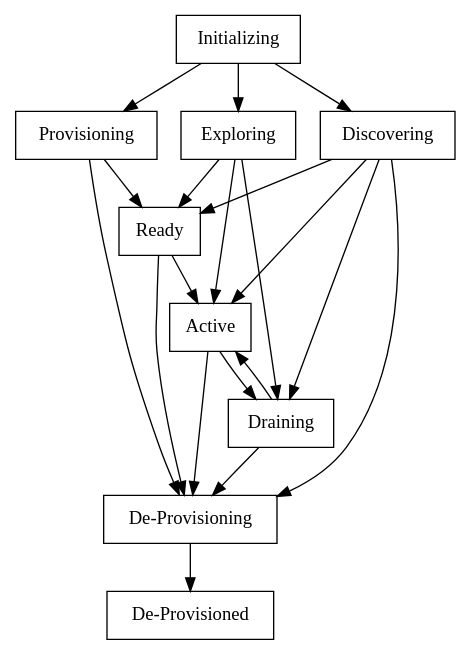
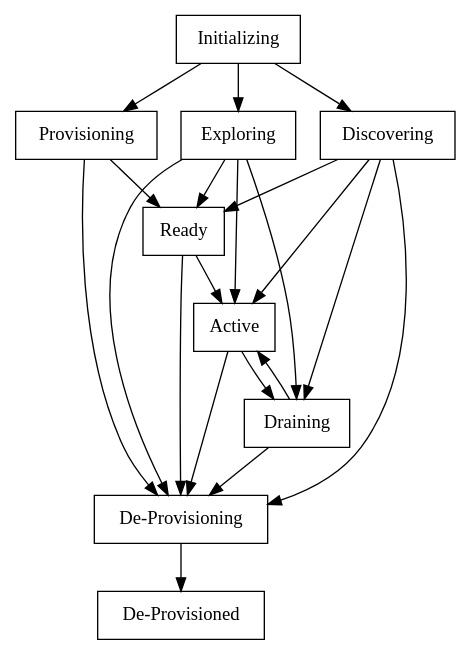
The diagram in docs/node-controller-state-machine.dot (peaceman/grosp-eas), drawn with Graphviz before and after one commit. The commit also changed 1 other file, not shown here.

Commit message:
NodeMachine: Add transition from exploring to de-provisioning

```diff
--- a/docs/node-controller-state-machine.dot
+++ b/docs/node-controller-state-machine.dot
@@ -1,38 +1,39 @@
 digraph node_controller_state_machine {
     initializing [label="Initializing", shape=box]
     provisioning [label="Provisioning", shape=box]
     exploring [label="Exploring", shape=box]
     discovering [label="Discovering", shape=box]
     ready [label="Ready", shape=box]
     active [label="Active", shape=box]
     draining [label="Draining", shape=box]
     deprovisioning [label="De-Provisioning", shape=box]
     deprovisioned [label="De-Provisioned", shape=box]
 
     initializing -> provisioning
     initializing -> discovering
     initializing -> exploring
 
     provisioning -> ready
     provisioning -> deprovisioning
 
     exploring -> ready
     exploring -> active
     exploring -> draining
+    exploring -> deprovisioning
 
     discovering -> ready
     discovering -> active
     discovering -> draining
     discovering -> deprovisioning
 
     ready -> active
     ready -> deprovisioning
 
     active -> draining
     active -> deprovisioning
 
     draining -> active
     draining -> deprovisioning
 
     deprovisioning -> deprovisioned
 }
```
